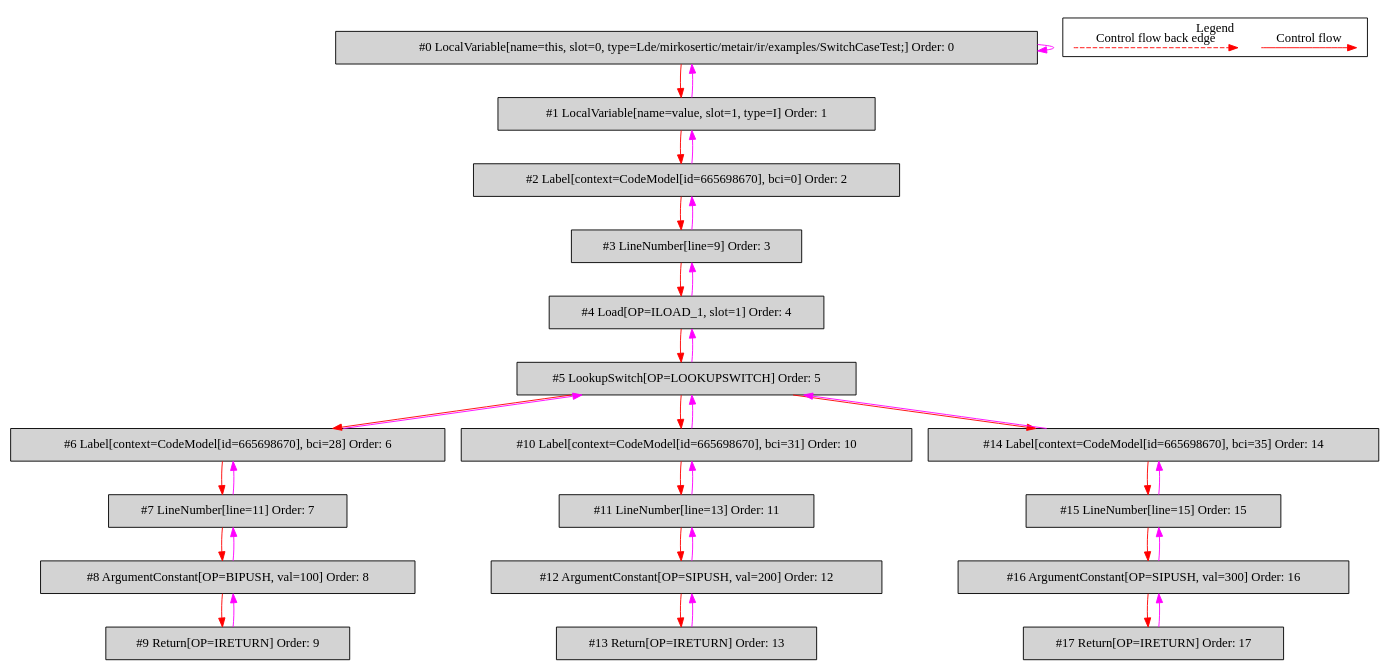
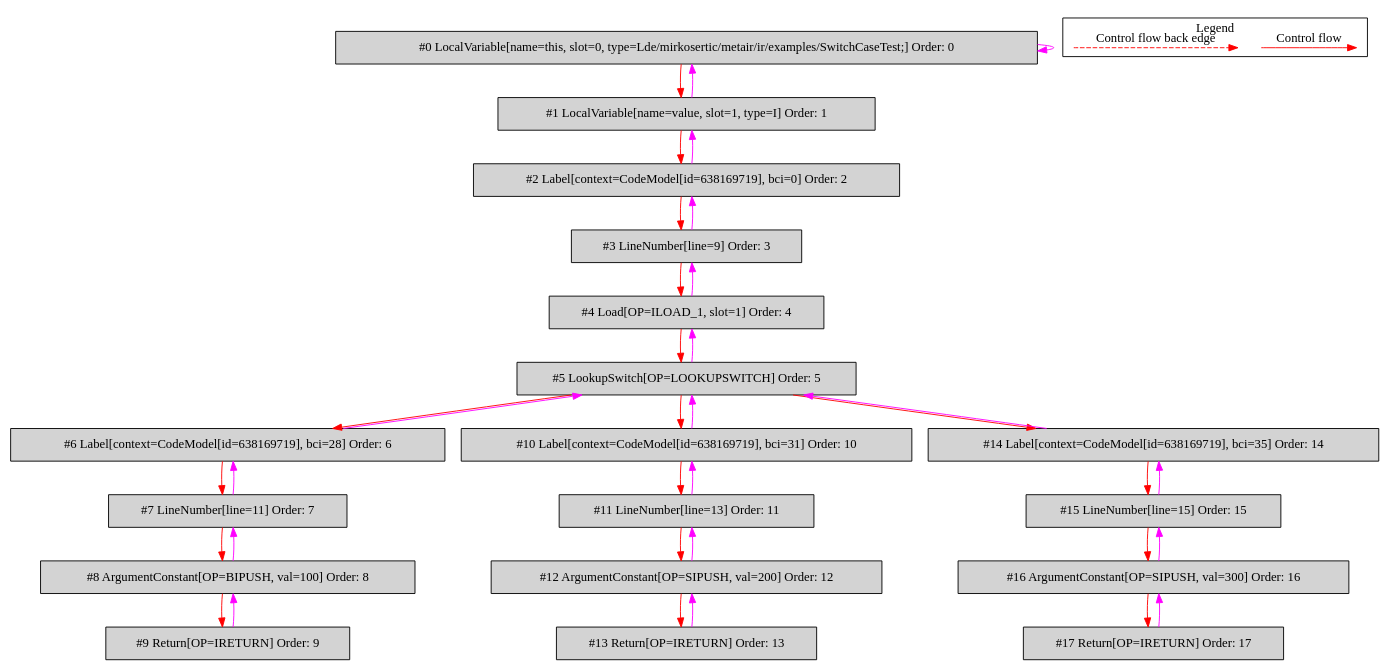
Before and after one commit to mirkosertic/MetaIR: the diagram in de.mirkosertic.metair.ir.examples.SwitchCaseTest/simpleSwitch/bytecodecfg.dot, drawn with Graphviz. The commit also changed 973 other files, not shown here.

```diff
--- a/de.mirkosertic.metair.ir.examples.SwitchCaseTest/simpleSwitch/bytecodecfg.dot
+++ b/de.mirkosertic.metair.ir.examples.SwitchCaseTest/simpleSwitch/bytecodecfg.dot
@@ -1,70 +1,70 @@
 digraph {
  ordering="in";
  node0[label="#0 LocalVariable[name=this, slot=0, type=Lde/mirkosertic/metair/ir/examples/SwitchCaseTest;] Order: 0", shape=box, fillcolor=lightgrey, style=filled];
  node1[label="#1 LocalVariable[name=value, slot=1, type=I] Order: 1", shape=box, fillcolor=lightgrey, style=filled];
- node2[label="#2 Label[context=CodeModel[id=665698670], bci=0] Order: 2", shape=box, fillcolor=lightgrey, style=filled];
+ node2[label="#2 Label[context=CodeModel[id=638169719], bci=0] Order: 2", shape=box, fillcolor=lightgrey, style=filled];
  node3[label="#3 LineNumber[line=9] Order: 3", shape=box, fillcolor=lightgrey, style=filled];
  node4[label="#4 Load[OP=ILOAD_1, slot=1] Order: 4", shape=box, fillcolor=lightgrey, style=filled];
  node5[label="#5 LookupSwitch[OP=LOOKUPSWITCH] Order: 5", shape=box, fillcolor=lightgrey, style=filled];
- node6[label="#6 Label[context=CodeModel[id=665698670], bci=28] Order: 6", shape=box, fillcolor=lightgrey, style=filled];
+ node6[label="#6 Label[context=CodeModel[id=638169719], bci=28] Order: 6", shape=box, fillcolor=lightgrey, style=filled];
  node7[label="#7 LineNumber[line=11] Order: 7", shape=box, fillcolor=lightgrey, style=filled];
  node8[label="#8 ArgumentConstant[OP=BIPUSH, val=100] Order: 8", shape=box, fillcolor=lightgrey, style=filled];
  node9[label="#9 Return[OP=IRETURN] Order: 9", shape=box, fillcolor=lightgrey, style=filled];
- node10[label="#10 Label[context=CodeModel[id=665698670], bci=31] Order: 10", shape=box, fillcolor=lightgrey, style=filled];
+ node10[label="#10 Label[context=CodeModel[id=638169719], bci=31] Order: 10", shape=box, fillcolor=lightgrey, style=filled];
  node11[label="#11 LineNumber[line=13] Order: 11", shape=box, fillcolor=lightgrey, style=filled];
  node12[label="#12 ArgumentConstant[OP=SIPUSH, val=200] Order: 12", shape=box, fillcolor=lightgrey, style=filled];
  node13[label="#13 Return[OP=IRETURN] Order: 13", shape=box, fillcolor=lightgrey, style=filled];
- node14[label="#14 Label[context=CodeModel[id=665698670], bci=35] Order: 14", shape=box, fillcolor=lightgrey, style=filled];
+ node14[label="#14 Label[context=CodeModel[id=638169719], bci=35] Order: 14", shape=box, fillcolor=lightgrey, style=filled];
  node15[label="#15 LineNumber[line=15] Order: 15", shape=box, fillcolor=lightgrey, style=filled];
  node16[label="#16 ArgumentConstant[OP=SIPUSH, val=300] Order: 16", shape=box, fillcolor=lightgrey, style=filled];
  node17[label="#17 Return[OP=IRETURN] Order: 17", shape=box, fillcolor=lightgrey, style=filled];
  node0 -> node0[color=fuchsia];
  node0 -> node1[color=red];
  node1 -> node0[color=fuchsia];
  node1 -> node2[color=red];
  node2 -> node1[color=fuchsia];
  node2 -> node3[color=red];
  node3 -> node2[color=fuchsia];
  node3 -> node4[color=red];
  node4 -> node3[color=fuchsia];
  node4 -> node5[color=red];
  node5 -> node4[color=fuchsia];
  node5 -> node6[color=red];
  node6 -> node5[color=fuchsia];
  node6 -> node7[color=red];
  node7 -> node6[color=fuchsia];
  node7 -> node8[color=red];
  node8 -> node7[color=fuchsia];
  node8 -> node9[color=red];
  node9 -> node8[color=fuchsia];
  node5 -> node10[color=red];
  node10 -> node5[color=fuchsia];
  node10 -> node11[color=red];
  node11 -> node10[color=fuchsia];
  node11 -> node12[color=red];
  node12 -> node11[color=fuchsia];
  node12 -> node13[color=red];
  node13 -> node12[color=fuchsia];
  node5 -> node14[color=red];
  node14 -> node5[color=fuchsia];
  node14 -> node15[color=red];
  node15 -> node14[color=fuchsia];
  node15 -> node16[color=red];
  node16 -> node15[color=fuchsia];
  node16 -> node17[color=red];
  node17 -> node16[color=fuchsia];
  subgraph cluster_000 {
   label = "Legend";
   node [shape=point]
   {
    rank=same;
    c0 [style = invis];
    c1 [style = invis];
    c2 [style = invis];
    c3 [style = invis];
   }
   c0 -> c1 [label="Control flow", style=solid, color=red]
   c2 -> c3 [label="Control flow back edge", style=dashed, color=red]
  }
 
 }
```
